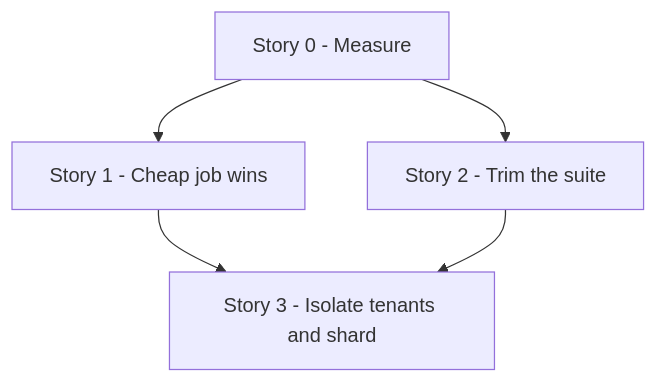
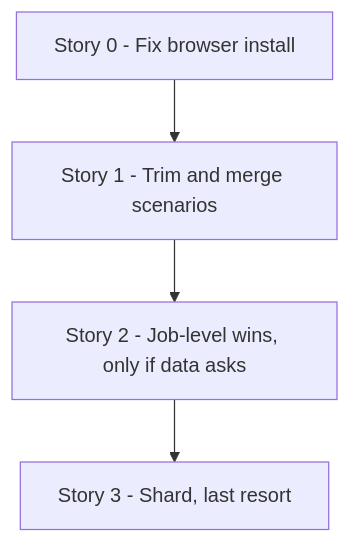
Before and after one commit to lmmoreira/ikaro: the diagram in td/TD59-E2E-SUITE-DURATION.md, drawn with Mermaid. The commit also changed other lines of this file, not shown here.

````diff
--- a/td/TD59-E2E-SUITE-DURATION.md
+++ b/td/TD59-E2E-SUITE-DURATION.md
@@ -34,7 +60,6 @@
 ```mermaid
 graph TD
-  S0[Story 0 - Measure] --> S1[Story 1 - Cheap job wins]
-  S0 --> S2[Story 2 - Trim the suite]
-  S1 --> S3[Story 3 - Isolate tenants and shard]
-  S2 --> S3
+  S0[Story 0 - Fix browser install] --> S1[Story 1 - Trim and merge scenarios]
+  S1 --> S2[Story 2 - Job-level wins, only if data asks]
+  S2 --> S3[Story 3 - Shard, last resort]
 ```
````
